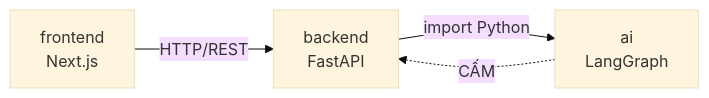
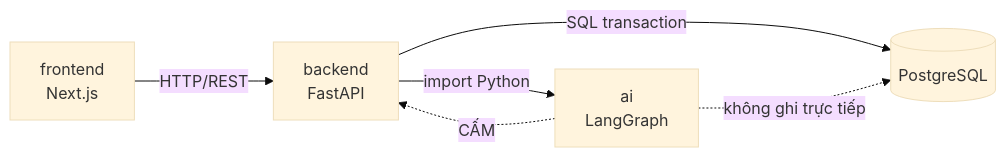
The first of 5 diagrams in ARCHITECTURE.md (Doan01062002/Hackathon-Viber-Code-Pro-Max), drawn with Mermaid (base theme) before and after one commit. The commit also changed other lines of this file and 1 other file, not shown here.

````diff
--- a/ARCHITECTURE.md
+++ b/ARCHITECTURE.md
@@ -14,6 +15,8 @@
 ```mermaid
 graph LR
     FE[frontend<br/>Next.js] -->|HTTP/REST| BE[backend<br/>FastAPI]
     BE -->|import Python| AI[ai<br/>LangGraph]
+    BE -->|SQL transaction| DB[(PostgreSQL)]
     AI -.->|CẤM| BE
+    AI -.->|không ghi trực tiếp| DB
 ```
````
